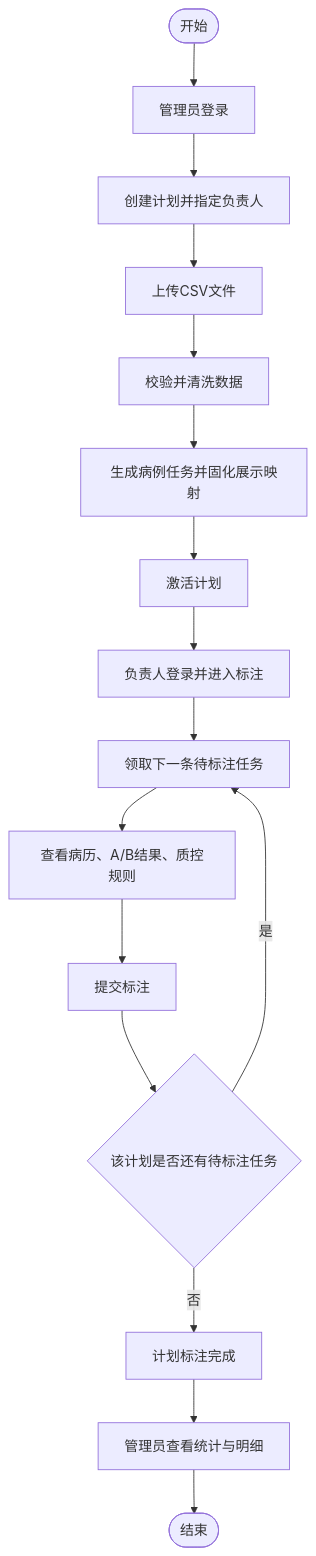
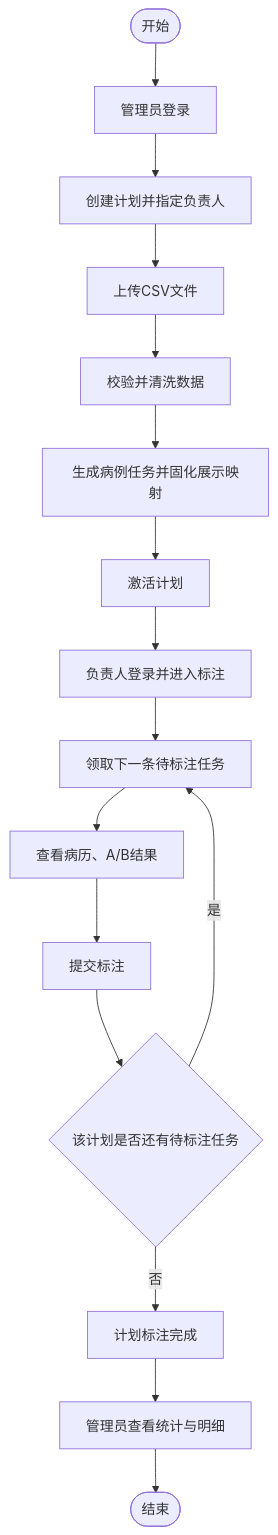
The first of 4 diagrams in openspec/specs/SPEC.md (zhaoxiaowang1993/aicompare), drawn with Mermaid before and after one commit. The commit also changed other lines of this file and 30 other files, not shown here.

````diff
--- a/openspec/specs/SPEC.md
+++ b/openspec/specs/SPEC.md
@@ -141,18 +144,18 @@
 ```mermaid
 flowchart TD
   Start([开始]) --> A[管理员登录]
   A --> B[创建计划并指定负责人]
   B --> C[上传CSV文件]
   C --> D[校验并清洗数据]
   D --> E[生成病例任务并固化展示映射]
   E --> F[激活计划]
   F --> G[负责人登录并进入标注]
   G --> H[领取下一条待标注任务]
-  H --> I[查看病历、A/B结果、质控规则]
+  H --> I[查看病历、A/B结果]
   I --> J[提交标注]
   J --> K{该计划是否还有待标注任务}
   K -- 是 --> H
   K -- 否 --> L[计划标注完成]
   L --> M[管理员查看统计与明细]
   M --> End([结束])
 ```
````
